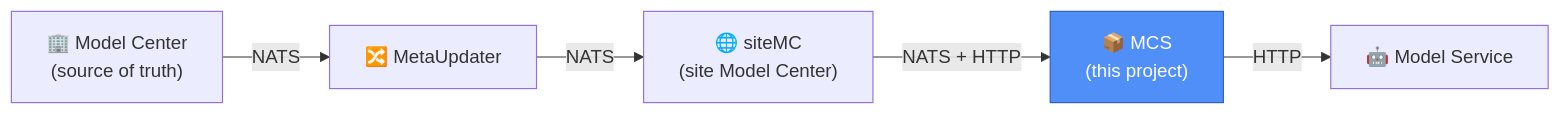
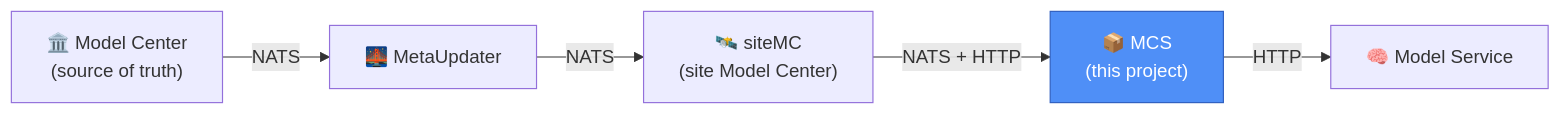
One commit to andwct/mcs changed the diagram in documents/introduction.md. Above: the diagram before and after it, drawn with Mermaid. The commit also changed other lines of this file, not shown here.

````diff
--- a/documents/introduction.md
+++ b/documents/introduction.md
@@ -19,15 +19,15 @@
 ```mermaid
 flowchart LR
-    MC["🏢 Model Center<br/>(source of truth)"]
-    MU["🔀 MetaUpdater"]
-    SMC["🌐 siteMC<br/>(site Model Center)"]
+    MC["🏛️ Model Center<br/>(source of truth)"]
+    MU["🌉 MetaUpdater"]
+    SMC["🛰️ siteMC<br/>(site Model Center)"]
     MCS["📦 MCS<br/>(this project)"]
-    MS["🤖 Model Service"]
+    MS["🧠 Model Service"]
 
     MC -->|NATS| MU
     MU -->|NATS| SMC
     SMC -->|NATS + HTTP| MCS
     MCS -->|HTTP| MS
 
     style MCS fill:#4f8ff7,color:#fff,stroke:#2f5fbf
 ```
````
